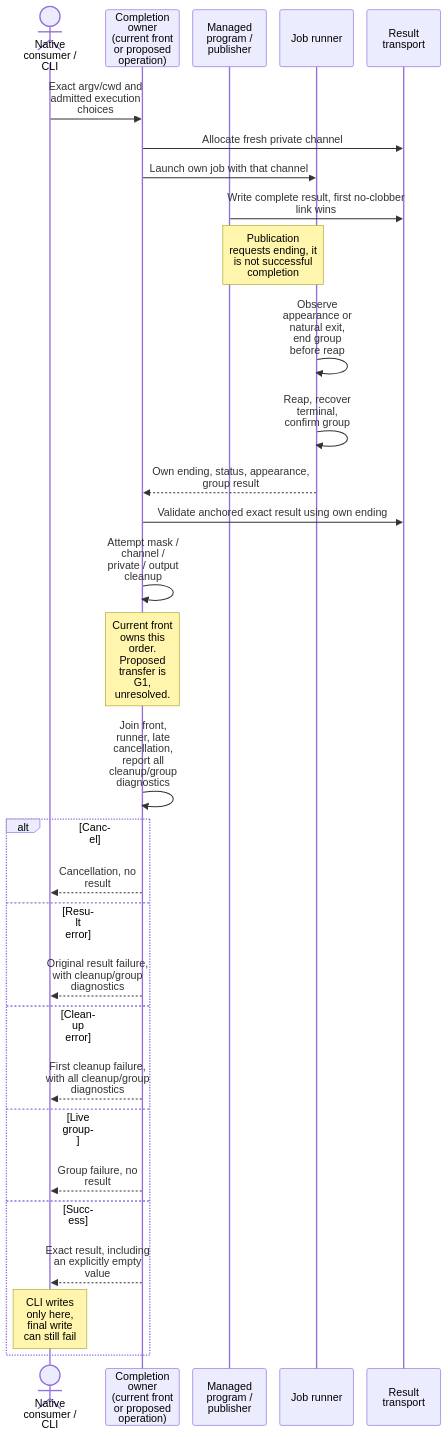
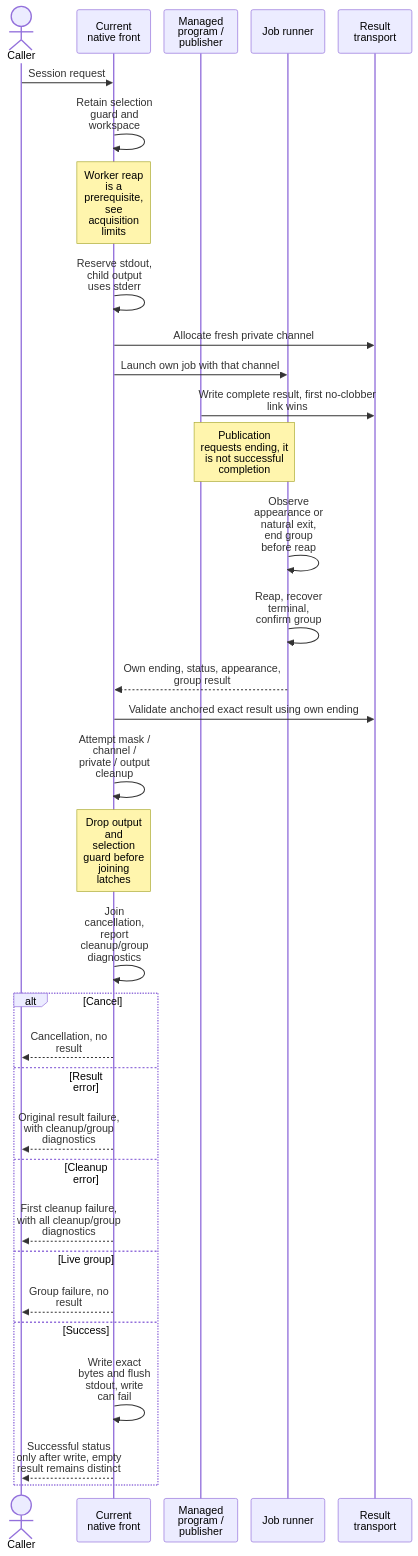
One commit to Linkuistics/Ravel changed the diagram in docs/design/result-job/settlement.mmd. Above: the diagram before and after it, drawn with Mermaid. The commit also changed 17 other files, not shown here.

Commit message:
result-job-transfer-k6: document acquisition failure limits and native entry obligations

```diff
--- a/docs/design/result-job/settlement.mmd
+++ b/docs/design/result-job/settlement.mmd
@@ -1,38 +1,41 @@
 ---
 config:
   sequence:
     actorMargin: 20
     width: 110
     diagramMarginX: 20
     wrap: true
 ---
 sequenceDiagram
-  actor Caller as Native consumer / CLI
-  participant Owner as Completion owner (current front or proposed operation)
+  actor Caller as Caller
+  participant Owner as Current native front
   participant Pub as Managed program / publisher
   participant Runner as Job runner
   participant Transport as Result transport
-  Caller->>Owner: Exact argv/cwd and admitted execution choices
+  Caller->>Owner: Session request
+  Owner->>Owner: Retain selection guard and workspace
+  Note over Owner: Worker reap is a prerequisite, see acquisition limits
+  Owner->>Owner: Reserve stdout, child output uses stderr
   Owner->>Transport: Allocate fresh private channel
   Owner->>Runner: Launch own job with that channel
   Pub->>Transport: Write complete result, first no-clobber link wins
   Note over Pub,Runner: Publication requests ending, it is not successful completion
   Runner->>Runner: Observe appearance or natural exit, end group before reap
   Runner->>Runner: Reap, recover terminal, confirm group
   Runner-->>Owner: Own ending, status, appearance, group result
   Owner->>Transport: Validate anchored exact result using own ending
   Owner->>Owner: Attempt mask / channel / private / output cleanup
-  Note over Owner: Current front owns this order. Proposed transfer is G1, unresolved.
-  Owner->>Owner: Join front, runner, late cancellation, report all cleanup/group diagnostics
+  Note over Owner: Drop output and selection guard before joining latches
+  Owner->>Owner: Join cancellation, report cleanup/group diagnostics
   alt Cancel
     Owner-->>Caller: Cancellation, no result
   else Result error
     Owner-->>Caller: Original result failure, with cleanup/group diagnostics
   else Cleanup error
     Owner-->>Caller: First cleanup failure, with all cleanup/group diagnostics
   else Live group
     Owner-->>Caller: Group failure, no result
   else Success
-    Owner-->>Caller: Exact result, including an explicitly empty value
-    Note over Caller: CLI writes only here, final write can still fail
+    Owner->>Owner: Write exact bytes and flush stdout, write can fail
+    Owner-->>Caller: Successful status only after write, empty result remains distinct
   end
```
